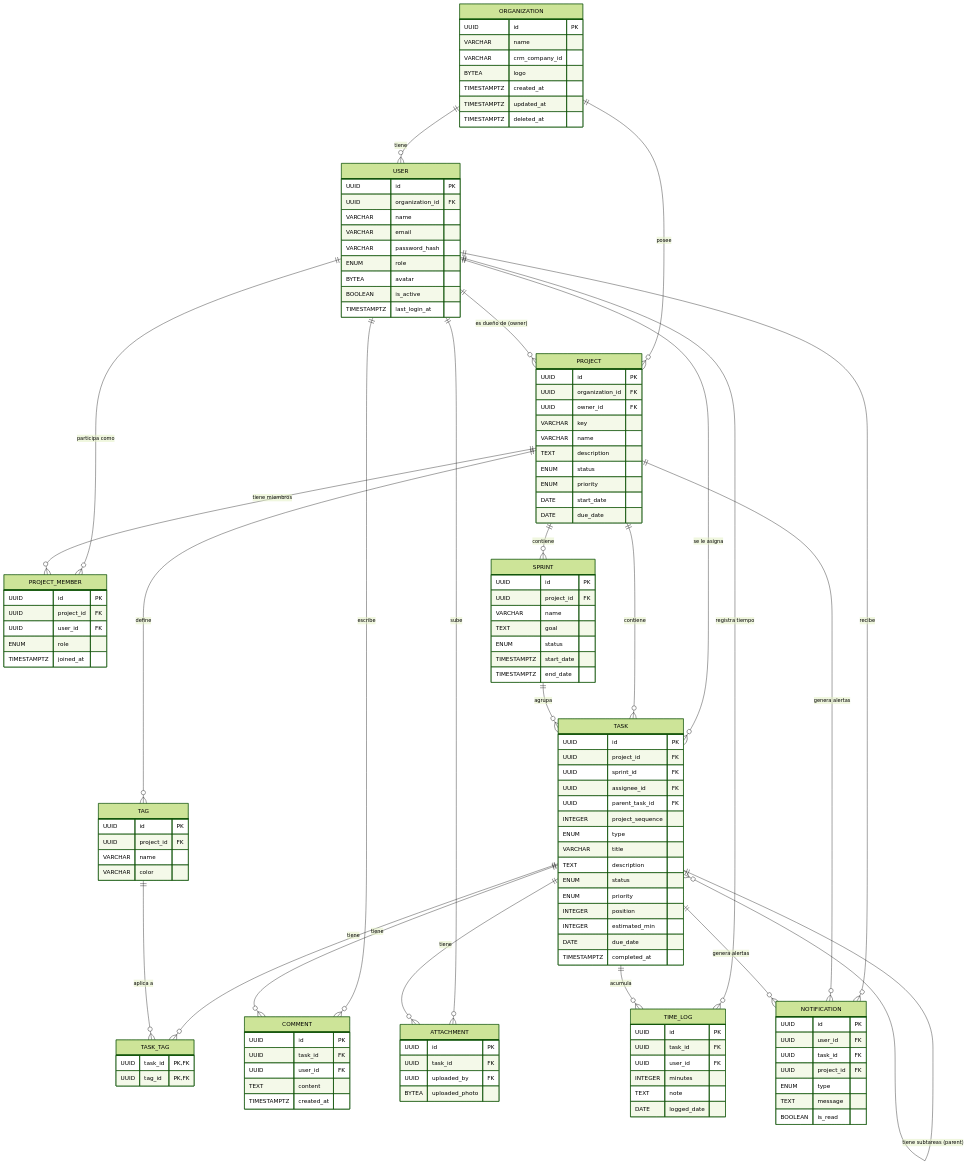
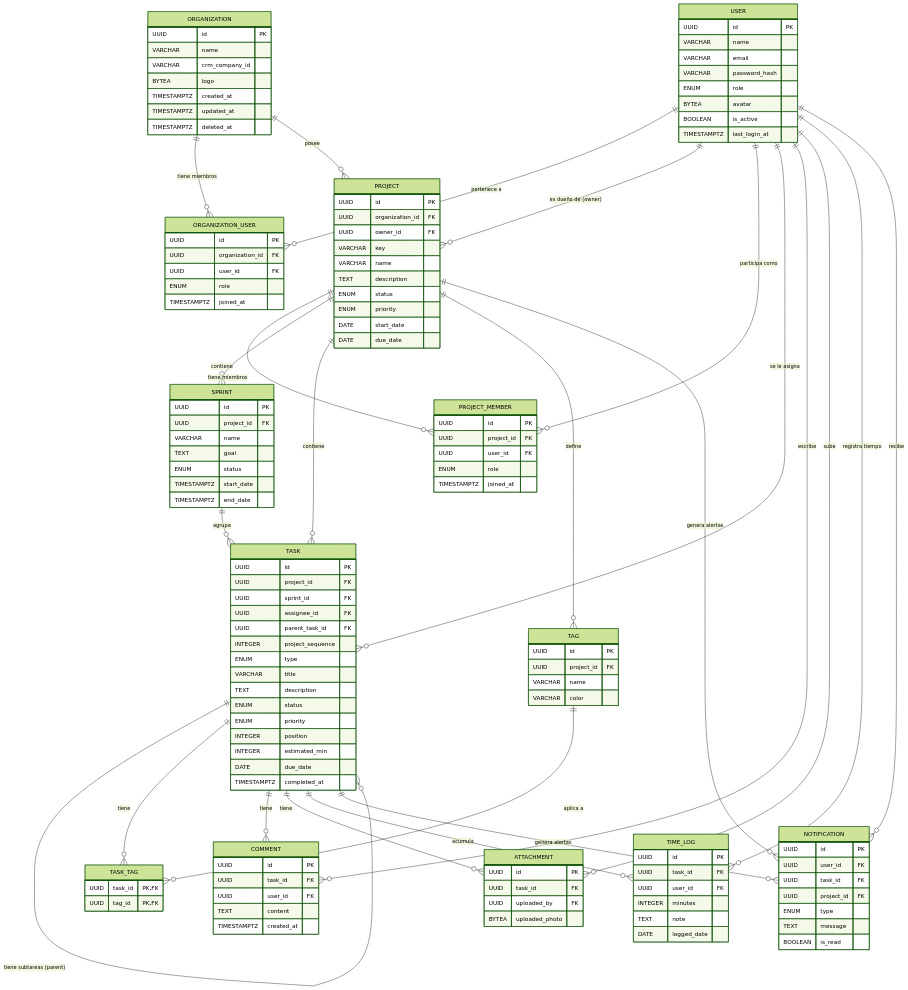
Before and after one commit to SergioE-ASY/Gestor-de-flujo-de-trabajo: the diagram in docs/BaseDeDatos/Diagrama-ER-HGP.mermaid, drawn with Mermaid (forest theme). The commit also changed 2 other files, not shown here.

Commit message:
fix: modificado relacion N:M entre user y organiztion

```diff
--- a/docs/BaseDeDatos/Diagrama-ER-HGP.mermaid
+++ b/docs/BaseDeDatos/Diagrama-ER-HGP.mermaid
@@ -1,146 +1,154 @@
 erDiagram
     ORGANIZATION {
         UUID id PK
         VARCHAR name
         VARCHAR crm_company_id
         BYTEA logo
         TIMESTAMPTZ created_at
         TIMESTAMPTZ updated_at
         TIMESTAMPTZ deleted_at
     }
 
+    ORGANIZATION_USER {
+        UUID id PK
+        UUID organization_id FK
+        UUID user_id FK
+        ENUM role
+        TIMESTAMPTZ joined_at
+    }
+
     USER {
         UUID id PK
-        UUID organization_id FK
         VARCHAR name
         VARCHAR email
         VARCHAR password_hash
         ENUM role
         BYTEA avatar
         BOOLEAN is_active
         TIMESTAMPTZ last_login_at
     }
 
     PROJECT {
         UUID id PK
         UUID organization_id FK
         UUID owner_id FK
         VARCHAR key
         VARCHAR name
         TEXT description
         ENUM status
         ENUM priority
         DATE start_date
         DATE due_date
     }
 
     PROJECT_MEMBER {
         UUID id PK
         UUID project_id FK
         UUID user_id FK
         ENUM role
         TIMESTAMPTZ joined_at
     }
 
     SPRINT {
         UUID id PK
         UUID project_id FK
         VARCHAR name
         TEXT goal
         ENUM status
         TIMESTAMPTZ start_date
         TIMESTAMPTZ end_date
     }
 
     TASK {
         UUID id PK
         UUID project_id FK
         UUID sprint_id FK
         UUID assignee_id FK
         UUID parent_task_id FK
         INTEGER project_sequence
         ENUM type
         VARCHAR title
         TEXT description
         ENUM status
         ENUM priority
         INTEGER position
         INTEGER estimated_min
         DATE due_date
         TIMESTAMPTZ completed_at
     }
 
     TAG {
         UUID id PK
         UUID project_id FK
         VARCHAR name
         VARCHAR color
     }
 
     TASK_TAG {
         UUID task_id PK, FK
         UUID tag_id PK, FK
     }
 
     COMMENT {
         UUID id PK
         UUID task_id FK
         UUID user_id FK
         TEXT content
         TIMESTAMPTZ created_at
     }
 
     ATTACHMENT {
         UUID id PK
         UUID task_id FK
         UUID uploaded_by FK
         BYTEA uploaded_photo
     }
 
     TIME_LOG {
         UUID id PK
         UUID task_id FK
         UUID user_id FK
         INTEGER minutes
         TEXT note
         DATE logged_date
     }
 
     NOTIFICATION {
         UUID id PK
         UUID user_id FK
         UUID task_id FK
         UUID project_id FK
         ENUM type
         TEXT message
         BOOLEAN is_read
     }
 
     %% Relaciones (Cardinalidad)
-    ORGANIZATION ||--o{ USER : "tiene"
+    ORGANIZATION ||--o{ ORGANIZATION_USER : "tiene miembros"
+    USER ||--o{ ORGANIZATION_USER : "pertenece a"
     ORGANIZATION ||--o{ PROJECT : "posee"
     
     USER ||--o{ PROJECT : "es dueño de (owner)"
     USER ||--o{ PROJECT_MEMBER : "participa como"
     USER ||--o{ TASK : "se le asigna"
     USER ||--o{ COMMENT : "escribe"
     USER ||--o{ ATTACHMENT : "sube"
     USER ||--o{ TIME_LOG : "registra tiempo"
     USER ||--o{ NOTIFICATION : "recibe"
 
     PROJECT ||--o{ PROJECT_MEMBER : "tiene miembros"
     PROJECT ||--o{ SPRINT : "contiene"
     PROJECT ||--o{ TASK : "contiene"
     PROJECT ||--o{ TAG : "define"
     PROJECT ||--o{ NOTIFICATION : "genera alertas"
 
     SPRINT ||--o{ TASK : "agrupa"
 
     TASK ||--o{ TASK : "tiene subtareas (parent)"
     TASK ||--o{ TASK_TAG : "tiene"
     TASK ||--o{ COMMENT : "tiene"
     TASK ||--o{ ATTACHMENT : "tiene"
     TASK ||--o{ TIME_LOG : "acumula"
     TASK ||--o{ NOTIFICATION : "genera alertas"
 
     TAG ||--o{ TASK_TAG : "aplica a"
```
